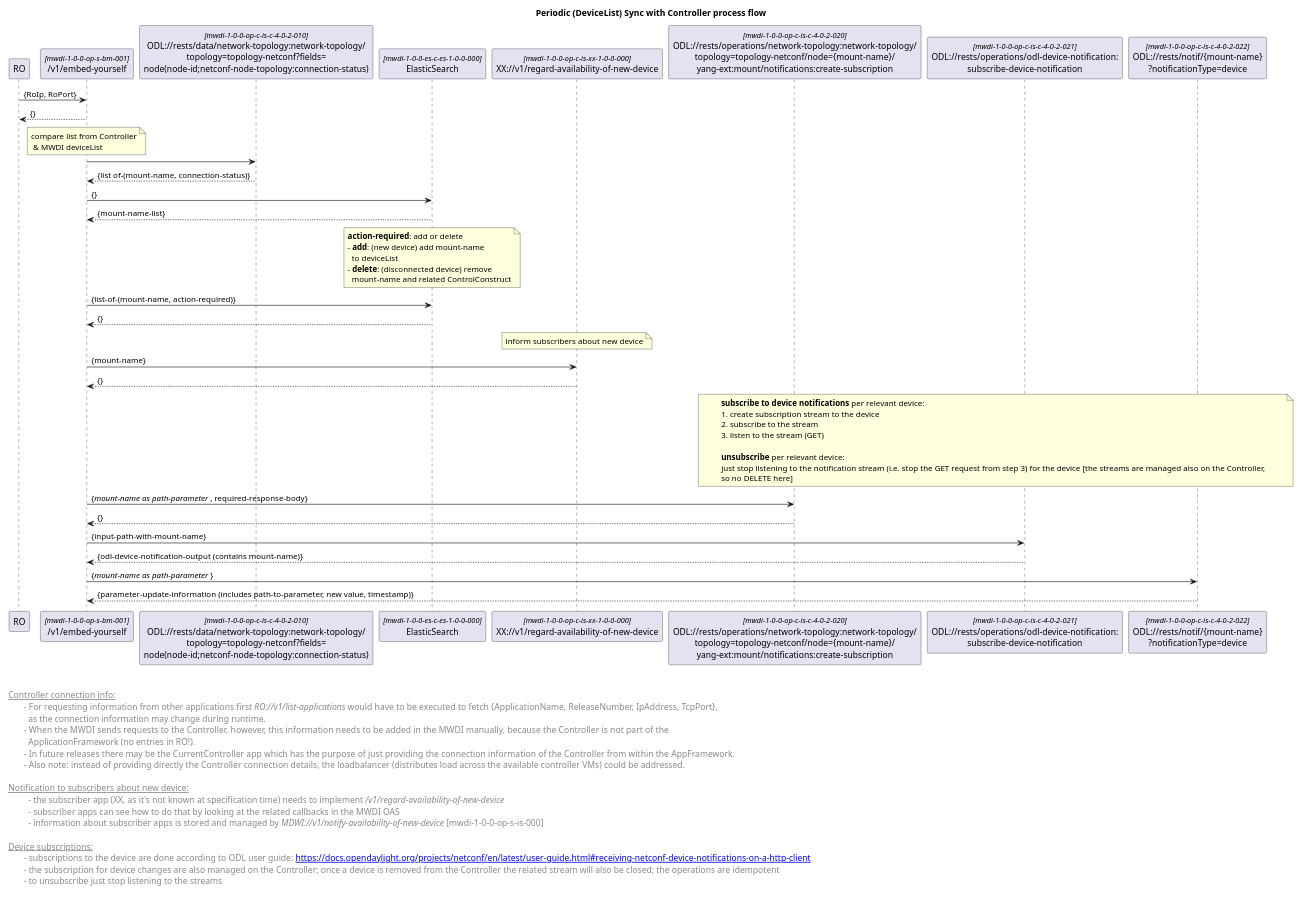
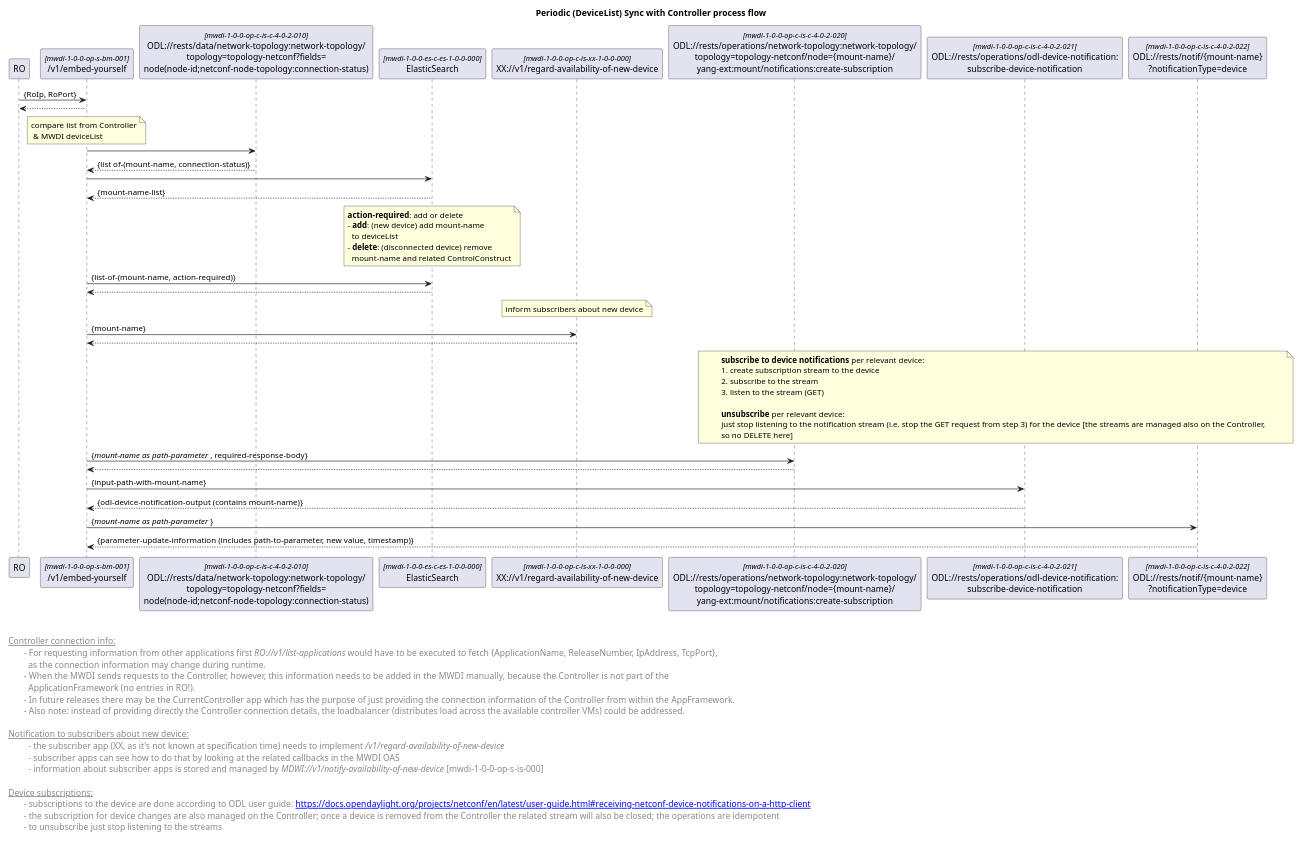
The diagram in spec/diagrams/forwardings/done/01x_forwardingCyclicOperation.plantuml (openBackhaul/MicroWaveDeviceInventory), drawn with PlantUML before and after one commit. The commit also changed 5 other files, not shown here.

```diff
--- a/spec/diagrams/forwardings/done/01x_forwardingCyclicOperation.plantuml
+++ b/spec/diagrams/forwardings/done/01x_forwardingCyclicOperation.plantuml
@@ -1,105 +1,105 @@
 @startuml
 skinparam responseMessageBelowArrow true
 skinparam guillemet [ ]
 skinparam participant {
   StereotypeFontSize 12  
 }
 
 title  Periodic (DeviceList) Sync with Controller process flow
 
 
 'participants
 participant "RO" as ro
 participant "/v1/embed-yourself" as mwdi <<mwdi-1-0-0-op-s-bm-001>>
 participant "ODL://rests/data/network-topology:network-topology/\ntopology=topology-netconf?fields=\nnode(node-id;netconf-node-topology:connection-status)" as odlConnectionStatus <<mwdi-1-0-0-op-c-is-c-4-0-2-010>>
 participant "ElasticSearch" as es <<mwdi-1-0-0-es-c-es-1-0-0-000>>
 participant "XX://v1/regard-availability-of-new-device" as notificationToXX <<mwdi-1-0-0-op-c-is-xx-1-0-0-000>>
 participant "ODL://rests/operations/network-topology:network-topology/\ntopology=topology-netconf/node={mount-name}/\nyang-ext:mount/notifications:create-subscription" as odlsubscribe1 <<mwdi-1-0-0-op-c-is-c-4-0-2-020>>
 participant "ODL://rests/operations/odl-device-notification:\nsubscribe-device-notification" as odlsubscribe2 <<mwdi-1-0-0-op-c-is-c-4-0-2-021>>
 participant "ODL://rests/notif/{mount-name}\n?notificationType=device" as odlsubscribe3 <<mwdi-1-0-0-op-c-is-c-4-0-2-022>>
 
 
 ro -> mwdi: {RoIp, RoPort}
-mwdi --> ro: {}
+mwdi --> ro
 
 'get deviceList from Controller
 note over mwdi: compare list from Controller\n & MWDI deviceList
 mwdi -> odlConnectionStatus
 odlConnectionStatus --> mwdi: {list of-(mount-name, connection-status)}
 
 'get MWDI deviceList from ElasticSearch 
-mwdi -> es: {}
+mwdi -> es
 es --> mwdi: {mount-name-list}
 
 'diff both lists and process devices accordingly
 note over es
  <b>action-required</b>: add or delete
  - <b>add</b>: (new device) add mount-name 
    to deviceList
  - <b>delete</b>: (disconnected device) remove 
    mount-name and related ControlConstruct
 end note 
 
 mwdi -> es: {list-of-(mount-name, action-required)}
-es --> mwdi: {}
+es --> mwdi
 
 'inform subscribers about new device
 note over notificationToXX: inform subscribers about new device
 mwdi -> notificationToXX: {mount-name}
-notificationToXX --> mwdi: {}
+notificationToXX --> mwdi
 
 'subscription to Controller
 note over odlsubscribe1, odlsubscribe3
 <b>subscribe to device notifications</b> per relevant device:
 1. create subscription stream to the device
 2. subscribe to the stream
 3. listen to the stream (GET)
 
 <b>unsubscribe</b> per relevant device:
 just stop listening to the notification stream (i.e. stop the GET request from step 3) for the device [the streams are managed also on the Controller,
 so no DELETE here]
 end note
 
 mwdi -> odlsubscribe1: {<i>mount-name as path-parameter </i>, required-response-body}
-odlsubscribe1 --> mwdi: {}
+odlsubscribe1 --> mwdi
 
 mwdi -> odlsubscribe2: {input-path-with-mount-name}
 odlsubscribe2 --> mwdi: {odl-device-notification-output (contains mount-name)}
 
 mwdi -> odlsubscribe3: {<i>mount-name as path-parameter </i>}
 odlsubscribe3 --> mwdi: {parameter-update-information (includes path-to-parameter, new value, timestamp)}
 
 
 
 left footer 
 
 
 <u> Controller connection info:</u>
 \t- For requesting information from other applications first <i>RO://v1/list-applications</i> would have to be executed to fetch {ApplicationName, ReleaseNumber, IpAddress, TcpPort}, 
 \t  as the connection information may change during runtime.
 \t-  When the MWDI sends requests to the Controller, however, this information needs to be added in the MWDI manually, because the Controller is not part of the 
 \t  ApplicationFramework (no entries in RO!). 
 \t-  In future releases there may be the CurrentController app which has the purpose of just providing the connection information of the Controller from within the AppFramework.
 \t-  Also note: instead of providing directly the Controller connection details, the loadbalancer (distributes load across the available controller VMs) could be addressed.
 
 <u> Notification to subscribers about new device:</u>
 \t  - the subscriber app (XX, as it's not known at specification time) needs to implement <i>/v1/regard-availability-of-new-device</i>
 \t  - subscriber apps can see how to do that by looking at the related callbacks in the MWDI OAS 
 \t  - information about subscriber apps is stored and managed by <i>MDWI://v1/notify-availability-of-new-device</i> [mwdi-1-0-0-op-s-is-000]
 
 <u> Device subscriptions:</u>
 \t- subscriptions to the device are done according to ODL user guide: [[https://docs.opendaylight.org/projects/netconf/en/latest/user-guide.html#receiving-netconf-device-notifications-on-a-http-client]]
 \t- the subscription for device changes are also managed on the Controller; once a device is removed from the Controller the related stream will also be closed; the operations are idempotent
 \t- to unsubscribe just stop listening to the streams
 
 
 end footer
 
 <style>
 footer {
   HorizontalAlignment left
   FontSize 14
 }
 </style>
 
 @enduml
```
